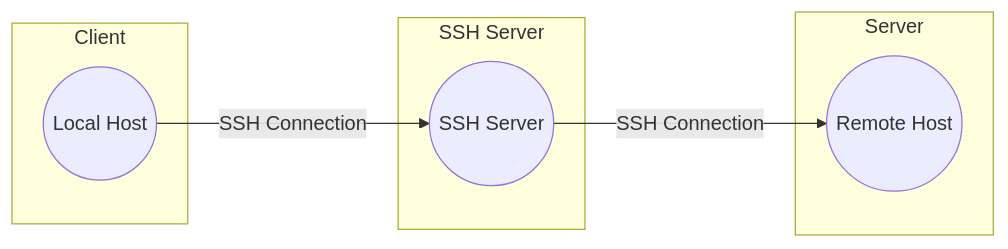
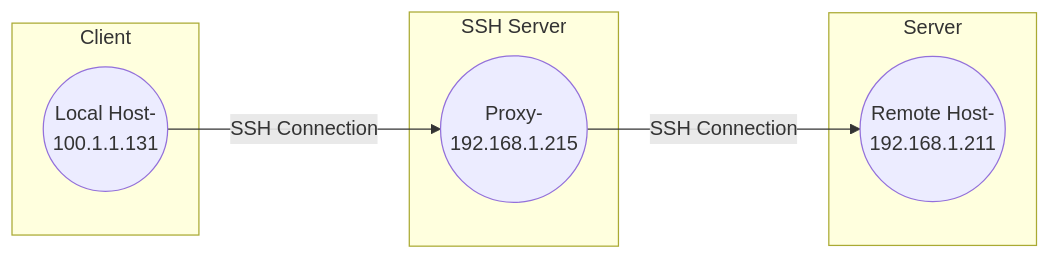
Before and after one commit to Ayusummer/DailyNotes: the diagram in docs/网络安全/内网渗透/SSH横向移动.md, drawn with Mermaid. The commit also changed other lines of this file, not shown here.

Commit message:
ssh  横向移动

````diff
--- a/docs/网络安全/内网渗透/SSH横向移动.md
+++ b/docs/网络安全/内网渗透/SSH横向移动.md
@@ -120,18 +258,18 @@
 ```mermaid
 graph LR
     subgraph Client
-        A((Local Host))
+        A((Local Host-<br>100.1.1.131))
     end
 
     subgraph Server
-        B((Remote Host))
+        B((Remote Host-<br>192.168.1.211))
     end
 
     subgraph SSH Server
-        C((SSH Server))
+        C((Proxy-<br>192.168.1.215))
     end
 
     A -->|SSH Connection| C
     C -->|SSH Connection| B
 
 ```
````
